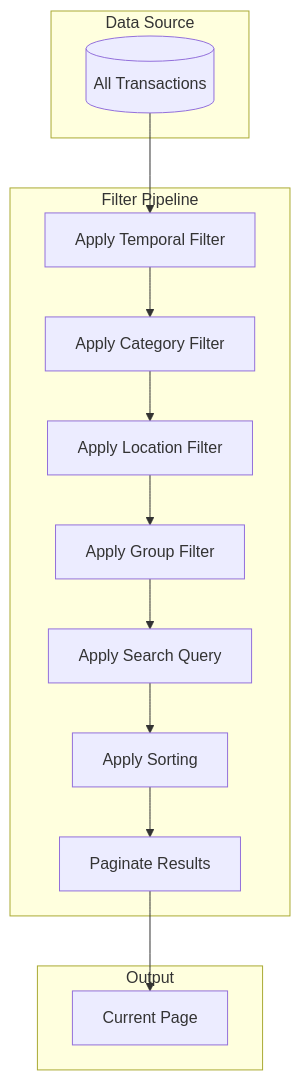
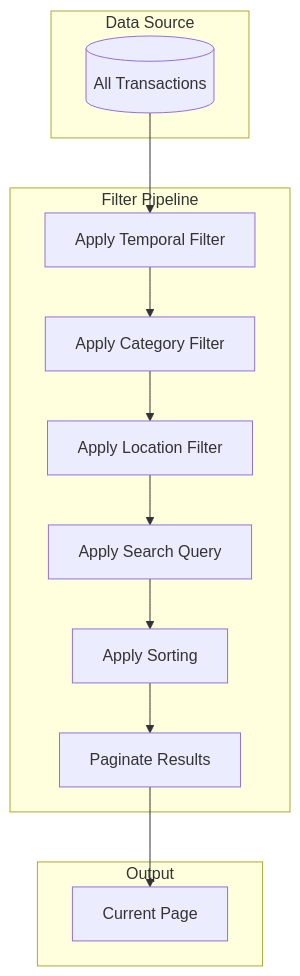
Before and after one commit to Brownbull/gmni_boletapp: the sixth of 11 diagrams in docs/architecture/diagrams/filtering-system.md, drawn with Mermaid. The commit also changed other lines of this file and 224 other files, not shown here.

````diff
--- a/docs/architecture/diagrams/filtering-system.md
+++ b/docs/architecture/diagrams/filtering-system.md
@@ -226,29 +196,27 @@
 ```mermaid
 flowchart TB
     subgraph Source["Data Source"]
         TX[(All Transactions)]
     end
 
     subgraph Filters["Filter Pipeline"]
         F1[Apply Temporal Filter]
         F2[Apply Category Filter]
         F3[Apply Location Filter]
-        F4[Apply Group Filter]
-        F5[Apply Search Query]
-        F6[Apply Sorting]
-        F7[Paginate Results]
+        F4[Apply Search Query]
+        F5[Apply Sorting]
+        F6[Paginate Results]
     end
 
     subgraph Output["Output"]
         PAGE[Current Page]
     end
 
     TX --> F1
     F1 --> F2
     F2 --> F3
     F3 --> F4
     F4 --> F5
     F5 --> F6
-    F6 --> F7
-    F7 --> PAGE
+    F6 --> PAGE
 ```
````
